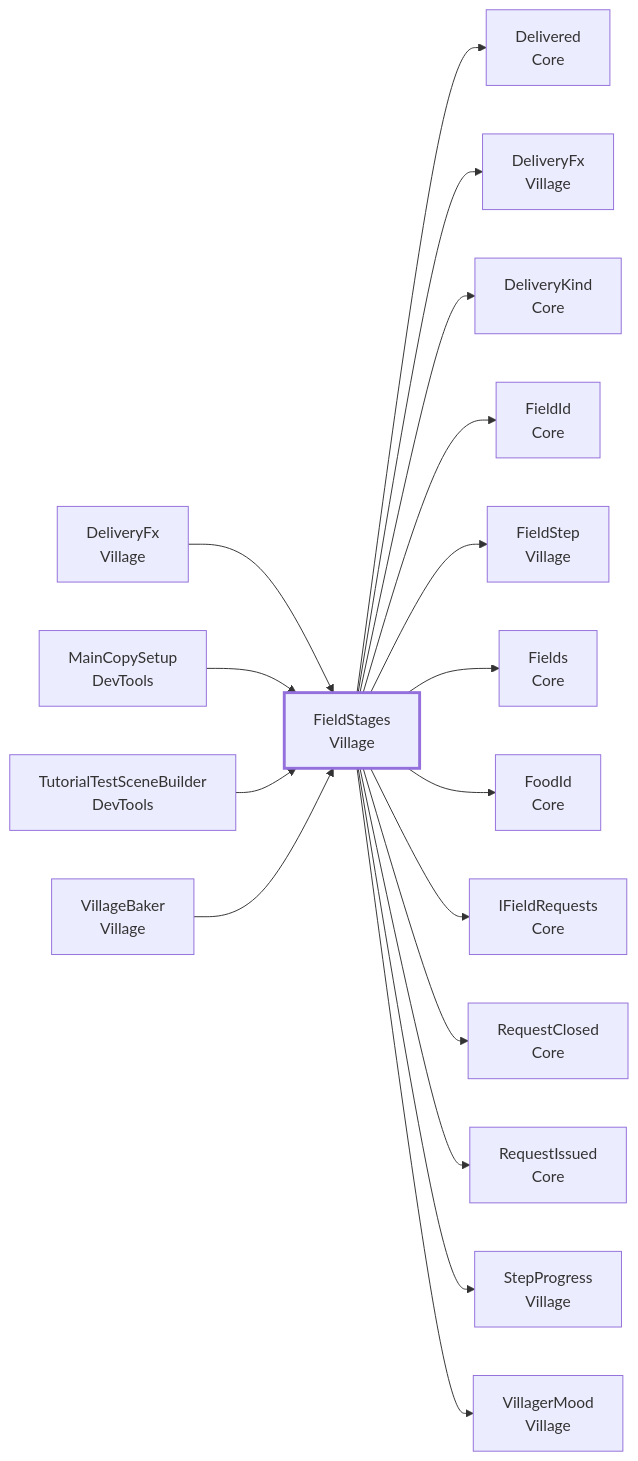
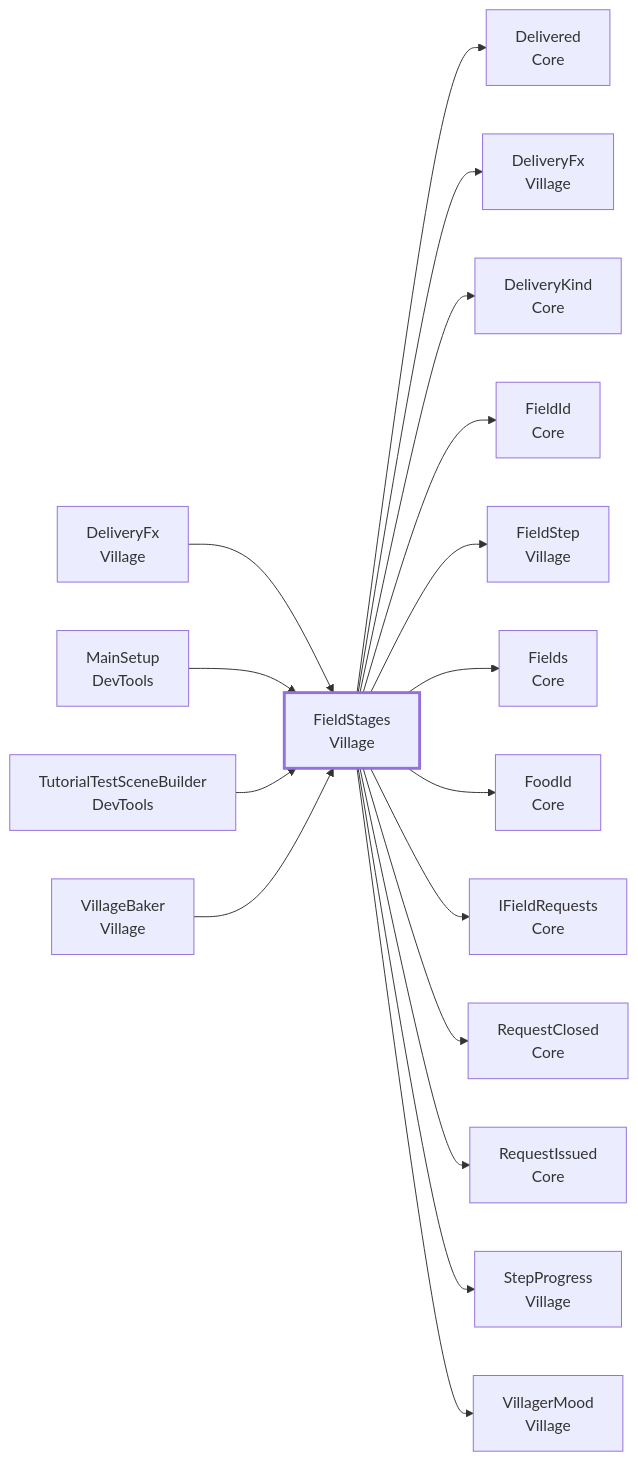
The third of 10 diagrams in docs/api/Village.md (Fialuxe/MouthOfGod_System), drawn with Mermaid before and after one commit. The commit also changed other lines of this file and 12 other files, not shown here.

First line of the commit message:
写しのシーン（Main_Copy）をやめ、Main をそのまま本編まで遊べる形にするメニューにする

````diff
--- a/docs/api/Village.md
+++ b/docs/api/Village.md
@@ -202,21 +202,21 @@
 ```mermaid
 flowchart LR
   C_FieldStages["FieldStages<br/>Village"]:::me
   U_DeliveryFx["DeliveryFx<br/>Village"] --> C_FieldStages
-  U_MainCopySetup["MainCopySetup<br/>DevTools"] --> C_FieldStages
+  U_MainSetup["MainSetup<br/>DevTools"] --> C_FieldStages
   U_TutorialTestSceneBuilder["TutorialTestSceneBuilder<br/>DevTools"] --> C_FieldStages
   U_VillageBaker["VillageBaker<br/>Village"] --> C_FieldStages
   C_FieldStages --> D_Delivered["Delivered<br/>Core"]
   C_FieldStages --> D_DeliveryFx["DeliveryFx<br/>Village"]
   C_FieldStages --> D_DeliveryKind["DeliveryKind<br/>Core"]
   C_FieldStages --> D_FieldId["FieldId<br/>Core"]
   C_FieldStages --> D_FieldStep["FieldStep<br/>Village"]
   C_FieldStages --> D_Fields["Fields<br/>Core"]
   C_FieldStages --> D_FoodId["FoodId<br/>Core"]
   C_FieldStages --> D_IFieldRequests["IFieldRequests<br/>Core"]
   C_FieldStages --> D_RequestClosed["RequestClosed<br/>Core"]
   C_FieldStages --> D_RequestIssued["RequestIssued<br/>Core"]
   C_FieldStages --> D_StepProgress["StepProgress<br/>Village"]
   C_FieldStages --> D_VillagerMood["VillagerMood<br/>Village"]
   classDef me stroke-width:3px
 ```
````
